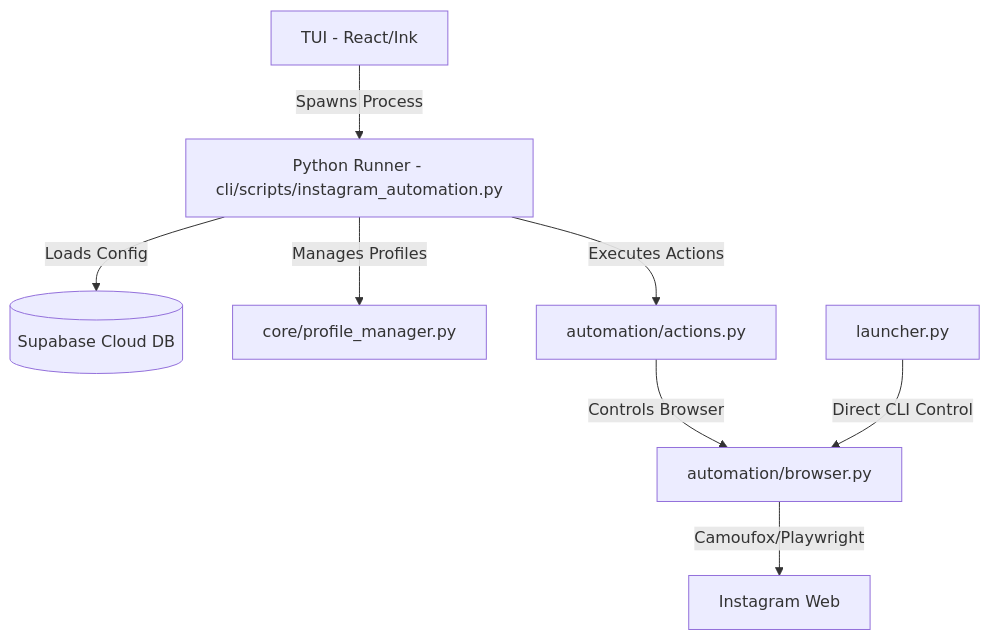
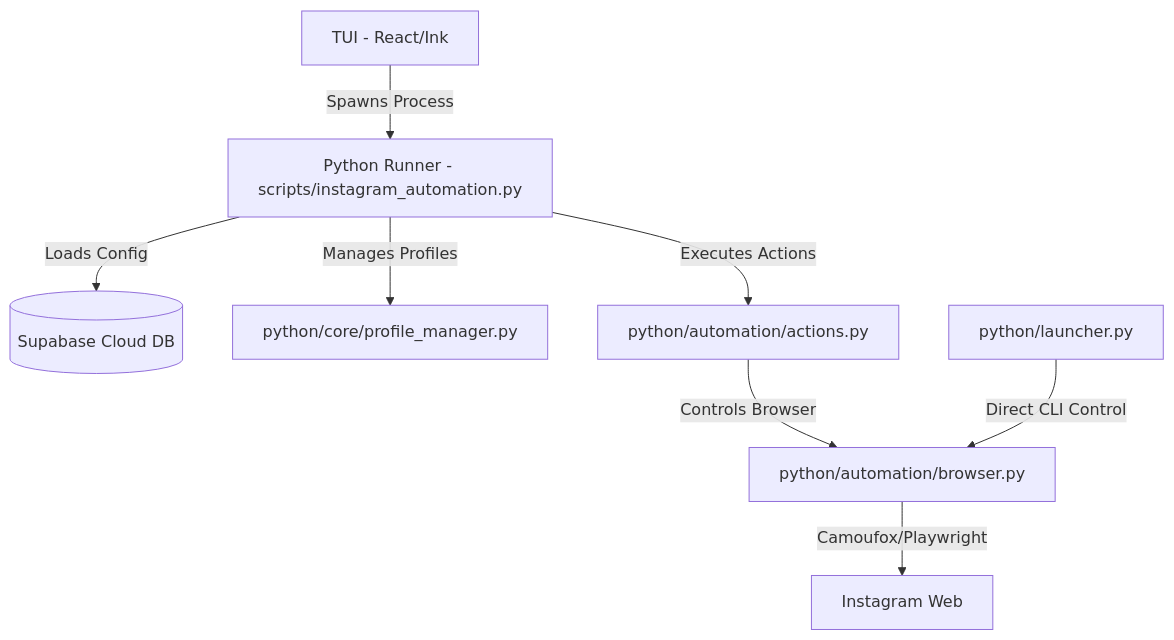
Before and after one commit to yaroslavchybar/bot-auto-ig: the diagram in README.md, drawn with Mermaid. The commit also changed other lines of this file and 1843 other files, not shown here.

````diff
--- a/README.md
+++ b/README.md
@@ -22,10 +22,10 @@
 ```mermaid
 graph TD
-    TUI[TUI - React/Ink] --> |Spawns Process| PM[Python Runner - cli/scripts/instagram_automation.py]
+    TUI[TUI - React/Ink] --> |Spawns Process| PM[Python Runner - scripts/instagram_automation.py]
     PM --> |Loads Config| Supabase[(Supabase Cloud DB)]
-    PM --> |Manages Profiles| ProfMgr[core/profile_manager.py]
-    PM --> |Executes Actions| Actions[automation/actions.py]
-    Actions --> |Controls Browser| Browser[automation/browser.py]
+    PM --> |Manages Profiles| ProfMgr[python/core/profile_manager.py]
+    PM --> |Executes Actions| Actions[python/automation/actions.py]
+    Actions --> |Controls Browser| Browser[python/automation/browser.py]
     Browser --> |Camoufox/Playwright| Instagram[Instagram Web]
-    Launcher[launcher.py] --> |Direct CLI Control| Browser
+    Launcher[python/launcher.py] --> |Direct CLI Control| Browser
 ```
````
